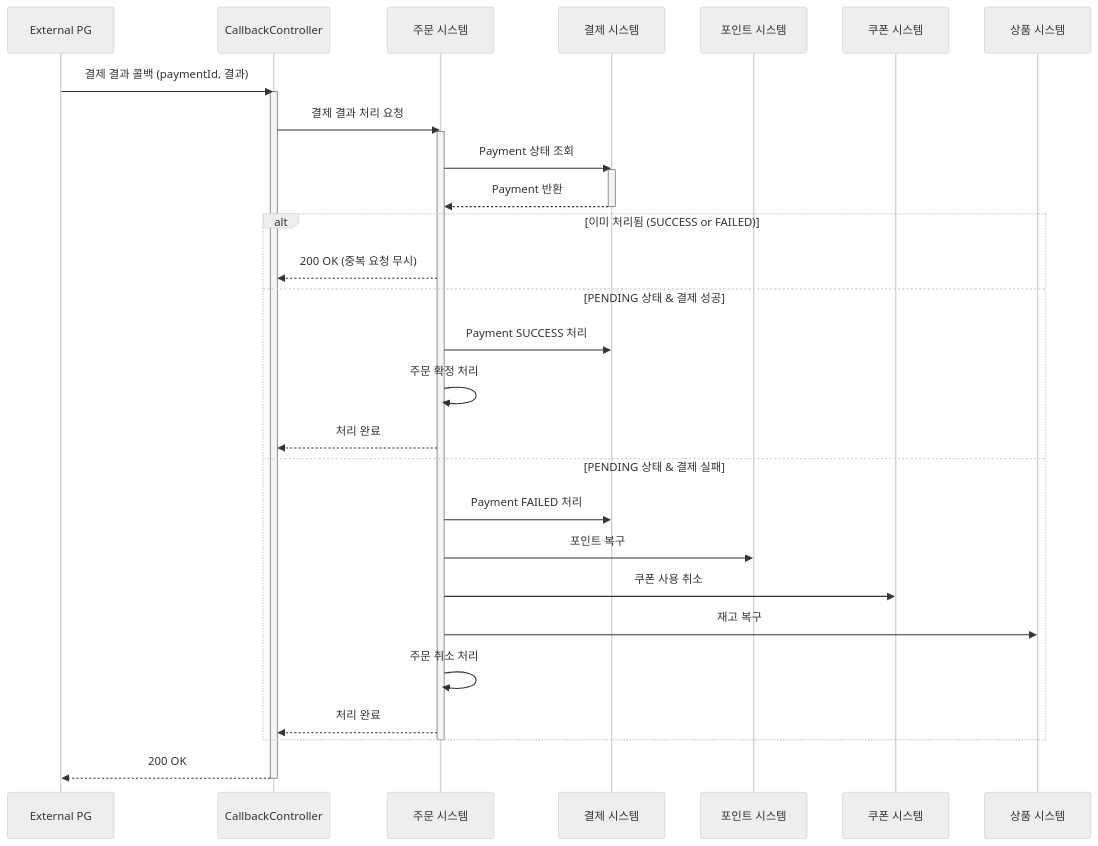
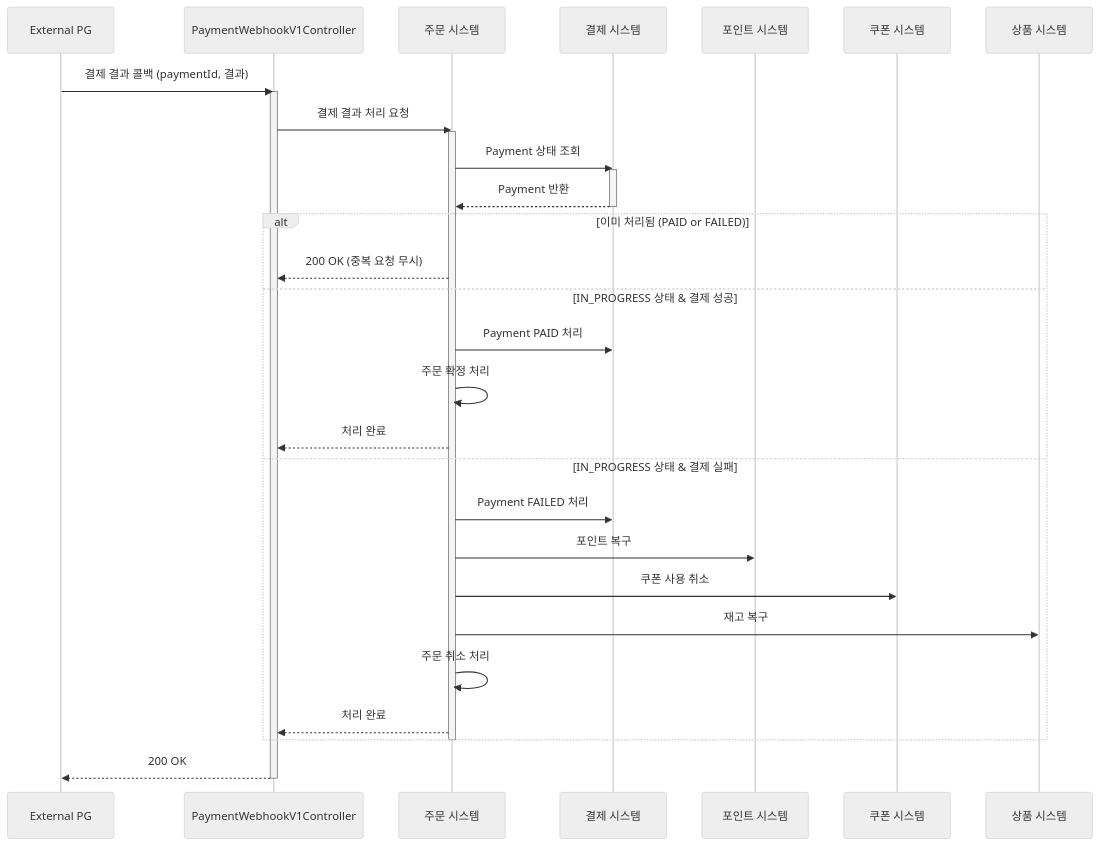
Before and after one commit to Loopers-dev-lab/loopers-spring-kotlin-template: the fifth of 7 diagrams in docs/week6/솔루션_설계_문서.md, drawn with Mermaid (neutral theme). The commit also changed other lines of this file and 1 other file, not shown here.

Commit message:
refactor(payment): 문서 변경

````diff
--- a/docs/week6/솔루션_설계_문서.md
+++ b/docs/week6/솔루션_설계_문서.md
@@ -332,39 +334,39 @@
 ```mermaid
 sequenceDiagram
     participant EPG as External PG
-    participant CC as CallbackController
+    participant CC as PaymentWebhookV1Controller
     participant OF as 주문 시스템
     participant PMS as 결제 시스템
     participant POS as 포인트 시스템
     participant CS as 쿠폰 시스템
     participant PS as 상품 시스템
     EPG ->> CC: 결제 결과 콜백 (paymentId, 결과)
     activate CC
     CC ->> OF: 결제 결과 처리 요청
     activate OF
     OF ->> PMS: Payment 상태 조회
     activate PMS
     PMS -->> OF: Payment 반환
     deactivate PMS
 
-    alt 이미 처리됨 (SUCCESS or FAILED)
+    alt 이미 처리됨 (PAID or FAILED)
         OF -->> CC: 200 OK (중복 요청 무시)
 
-    else PENDING 상태 & 결제 성공
-        OF ->> PMS: Payment SUCCESS 처리
+    else IN_PROGRESS 상태 & 결제 성공
+        OF ->> PMS: Payment PAID 처리
         OF ->> OF: 주문 확정 처리
         OF -->> CC: 처리 완료
 
-    else PENDING 상태 & 결제 실패
+    else IN_PROGRESS 상태 & 결제 실패
         OF ->> PMS: Payment FAILED 처리
         OF ->> POS: 포인트 복구
         OF ->> CS: 쿠폰 사용 취소
         OF ->> PS: 재고 복구
         OF ->> OF: 주문 취소 처리
         OF -->> CC: 처리 완료
     end
 
     deactivate OF
     CC -->> EPG: 200 OK
     deactivate CC
 ```
````
